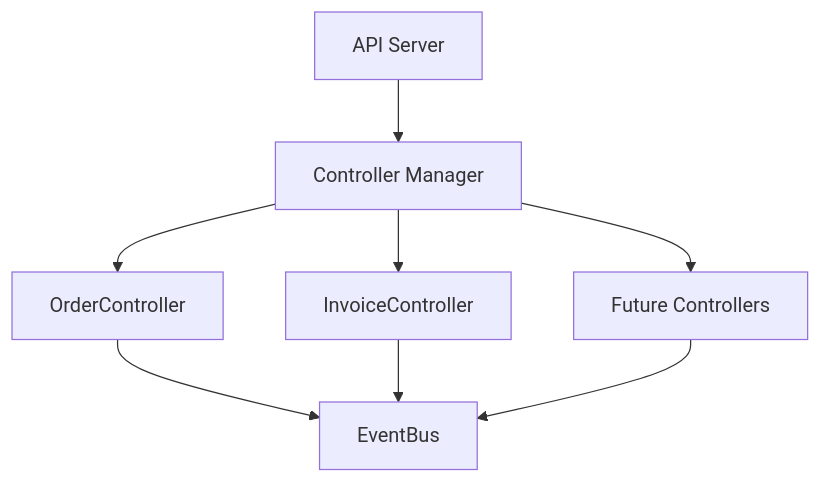
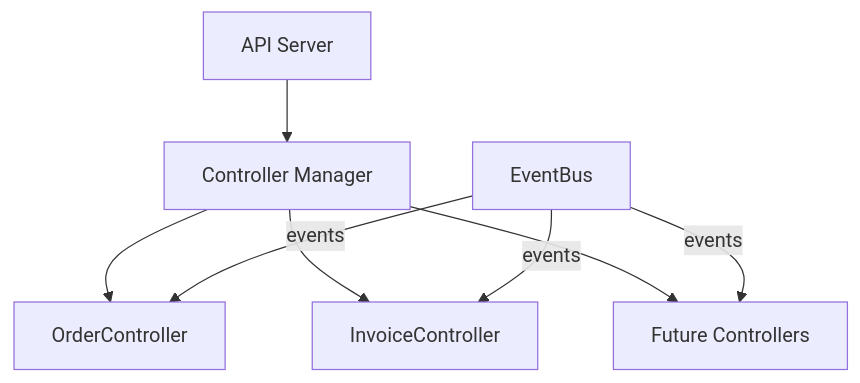
One commit to pergus/api-server changed diagram 20 of 23 in BOOK.md. Above: the diagram before and after it, drawn with Mermaid. The commit also changed other lines of this file, not shown here.

Commit message:
Fixed Listing/Figure numbering

````diff
--- a/BOOK.md
+++ b/BOOK.md
@@ -9582,11 +9594,12 @@
 ```mermaid
 flowchart TD
     Server["API Server"] --> Manager["Controller Manager"]
+
     Manager --> Order["OrderController"]
     Manager --> Invoice["InvoiceController"]
     Manager --> Other["Future Controllers"]
 
-    Order --> EventBus["EventBus"]
-    Invoice --> EventBus
-    Other --> EventBus
+    EventBus["EventBus"] -->|"events"| Order
+    EventBus -->|"events"| Invoice
+    EventBus -->|"events"| Other
 ```
````
